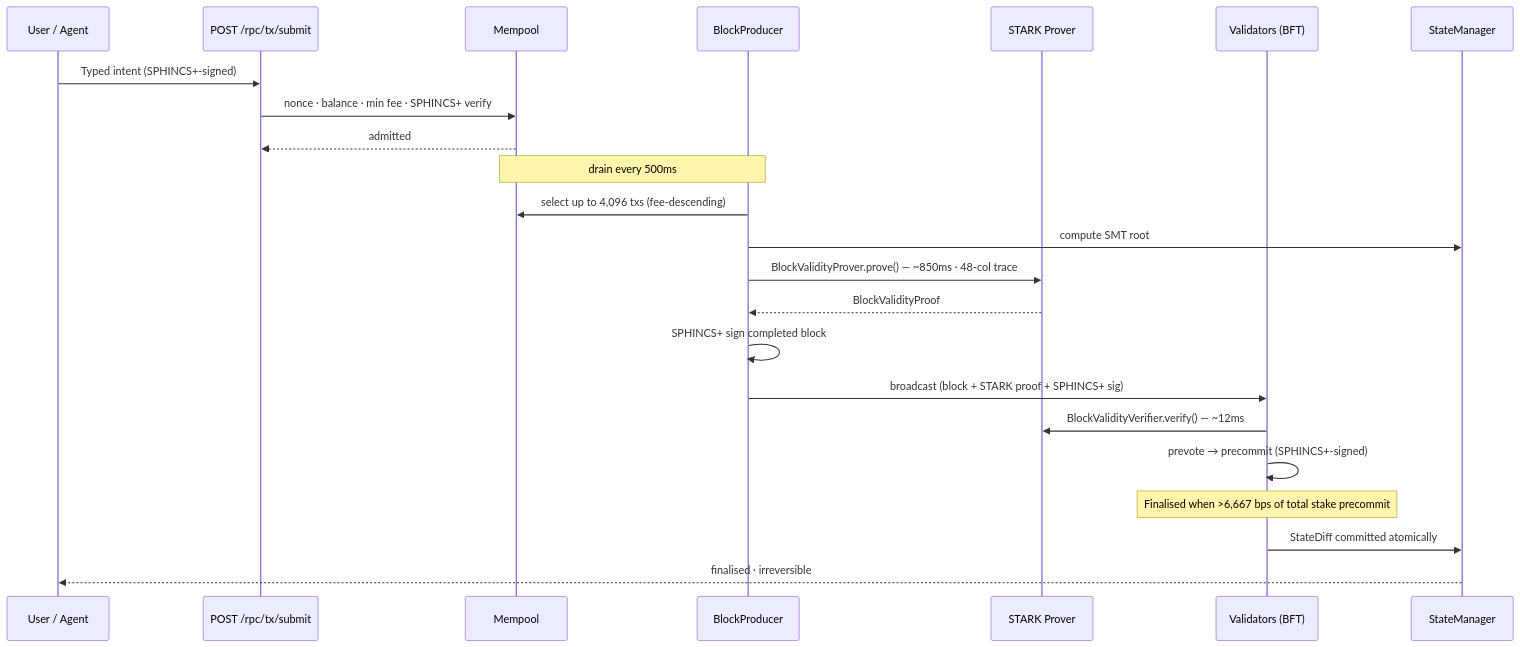
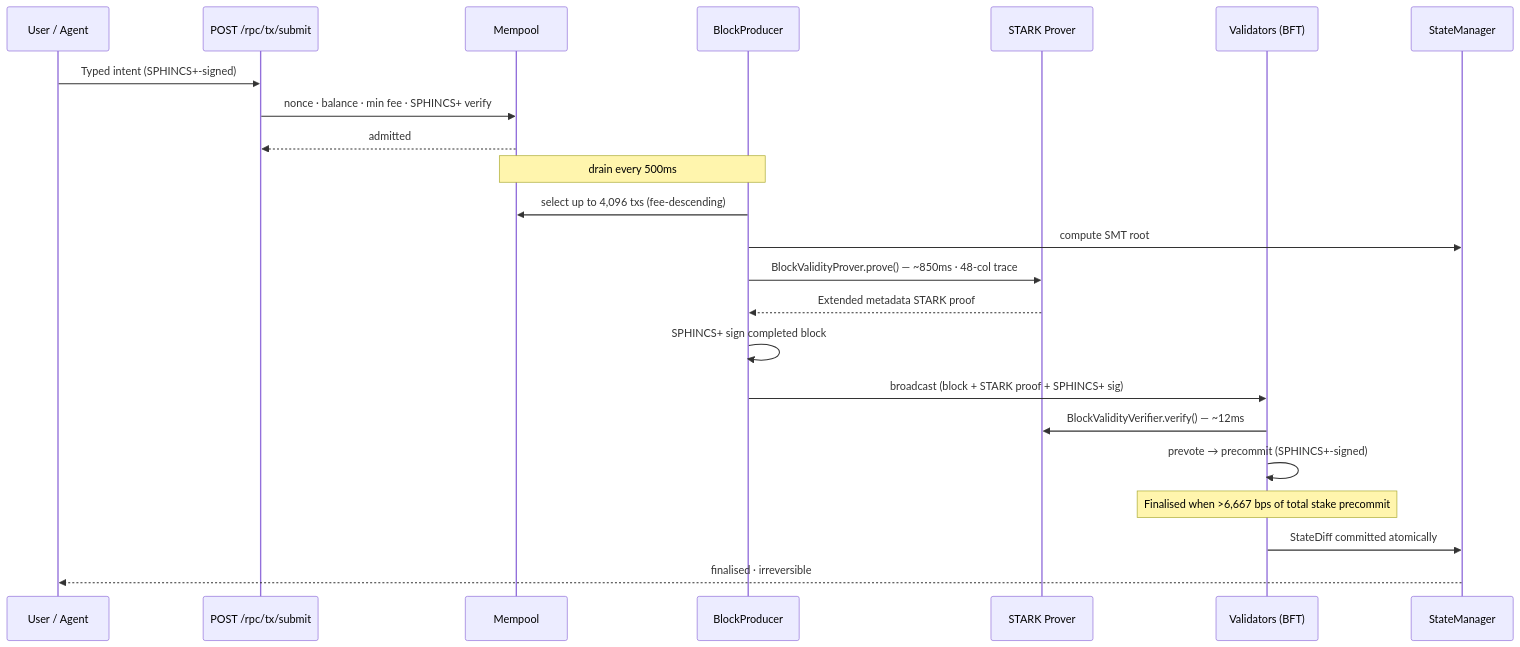
One commit to BleepEcosystem/BLEEP-v1 changed the fourth of 7 diagrams in WHITEPAPER.md. Above: the diagram before and after it, drawn with Mermaid. The commit also changed other lines of this file and 16 other files, not shown here.

````diff
--- a/WHITEPAPER.md
+++ b/WHITEPAPER.md
@@ -290,25 +285,25 @@
 ```mermaid
 sequenceDiagram
     participant U as User / Agent
     participant RPC as POST /rpc/tx/submit
     participant MEM as Mempool
     participant BP as BlockProducer
     participant ZK as STARK Prover
     participant VAL as Validators (BFT)
     participant ST as StateManager
     U->>RPC: Typed intent (SPHINCS+-signed)
     RPC->>MEM: nonce · balance · min fee · SPHINCS+ verify
     MEM-->>RPC: admitted
     Note over MEM,BP: drain every 500ms
     BP->>MEM: select up to 4,096 txs (fee-descending)
     BP->>ST: compute SMT root
     BP->>ZK: BlockValidityProver.prove() — ~850ms · 48-col trace
-    ZK-->>BP: BlockValidityProof
+    ZK-->>BP: Extended metadata STARK proof
     BP->>BP: SPHINCS+ sign completed block
     BP->>VAL: broadcast (block + STARK proof + SPHINCS+ sig)
     VAL->>ZK: BlockValidityVerifier.verify() — ~12ms
     VAL->>VAL: prevote → precommit (SPHINCS+-signed)
     Note over VAL: Finalised when >6,667 bps of total stake precommit
     VAL->>ST: StateDiff committed atomically
     ST-->>U: finalised · irreversible
 ```
````
